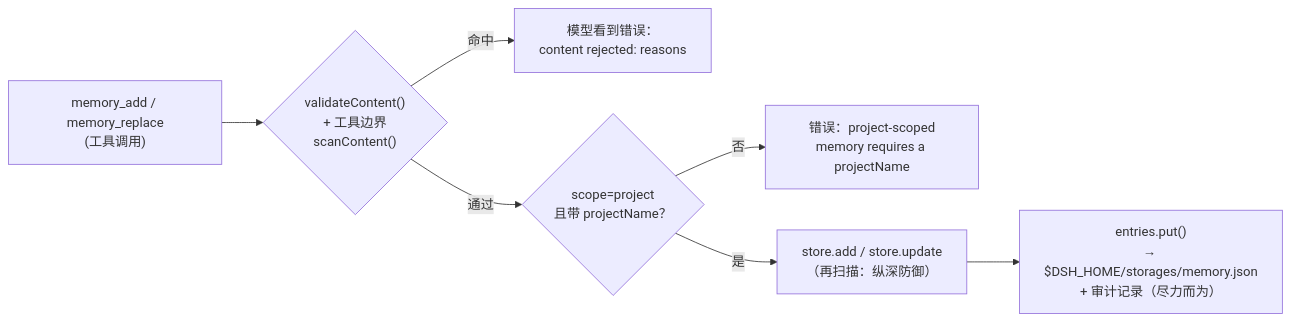
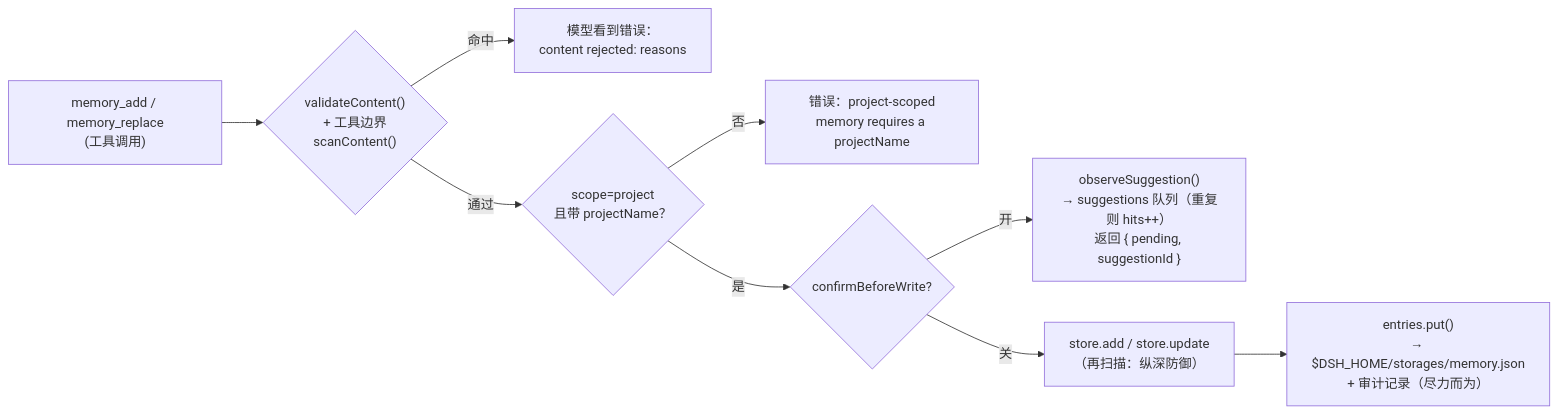
The second of 3 diagrams in docs/TECH_DESIGN.zh-CN.md (chenhw7/dsh-memory), drawn with Mermaid before and after one commit. The commit also changed other lines of this file and 2 other files, not shown here.

First line of the commit message:
docs: sync zh-CN mirrors (README / TECH_DESIGN / SEQUENCE_DIAGRAMS) with the v0.5.0 implementation

````diff
--- a/docs/TECH_DESIGN.zh-CN.md
+++ b/docs/TECH_DESIGN.zh-CN.md
@@ -145,9 +147,11 @@
 ```mermaid
 flowchart LR
   A["memory_add / memory_replace<br/>(工具调用)"] --> B{"validateContent()<br/>+ 工具边界<br/>scanContent()"}
   B -- "命中" --> E1["模型看到错误：<br/>content rejected: reasons"]
   B -- "通过" --> C{"scope=project<br/>且带 projectName？"}
   C -- "否" --> E2["错误：project-scoped<br/>memory requires a projectName"]
-  C -- "是" --> D["store.add / store.update<br/>（再扫描：纵深防御）"]
+  C -- "是" --> F{"confirmBeforeWrite?"}
+  F -- "开" --> G["observeSuggestion()<br/>→ suggestions 队列（重复则 hits++）<br/>返回 { pending, suggestionId }"]
+  F -- "关" --> D["store.add / store.update<br/>（再扫描：纵深防御）"]
   D --> E["entries.put()<br/>→ $DSH_HOME/storages/memory.json<br/>+ 审计记录（尽力而为）"]
 ```
````
